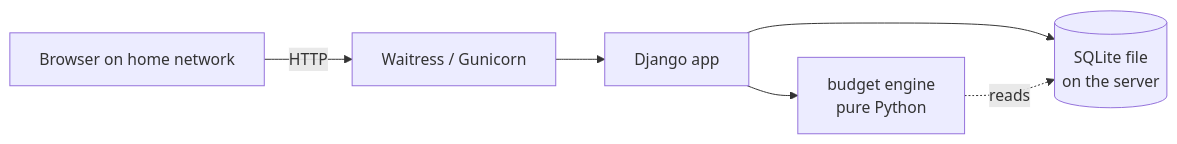
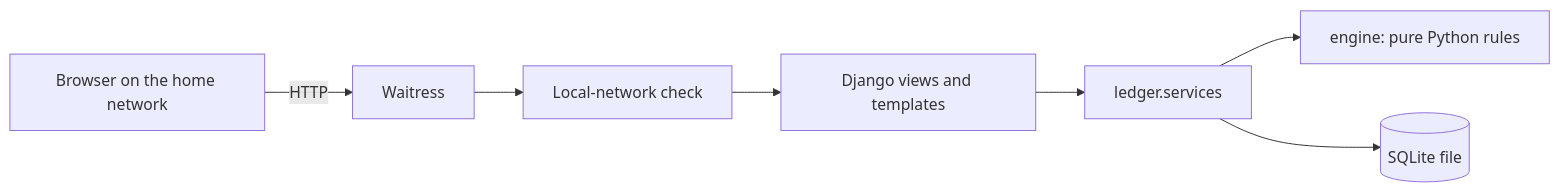
Before and after one commit to simonrydder/budget-manager: the first of 2 diagrams in docs/design.md, drawn with Mermaid. The commit also changed other lines of this file and 90 other files, not shown here.

First line of the commit message:
feat: self-hosted budget manager web app

````diff
--- a/docs/design.md
+++ b/docs/design.md
@@ -9,8 +23,9 @@
 ```mermaid
 flowchart LR
-  B[Browser on home network] -->|HTTP| W[Waitress / Gunicorn]
-  W --> DJ[Django app]
-  DJ --> E[budget engine\npure Python]
-  DJ --> DB[(SQLite file\non the server)]
-  E -.reads.-> DB
+  B[Browser on the home network] -->|HTTP| W[Waitress]
+  W --> M[Local-network check]
+  M --> DJ[Django views and templates]
+  DJ --> S[ledger.services]
+  S --> E[engine: pure Python rules]
+  S --> DB[(SQLite file)]
 ```
````
